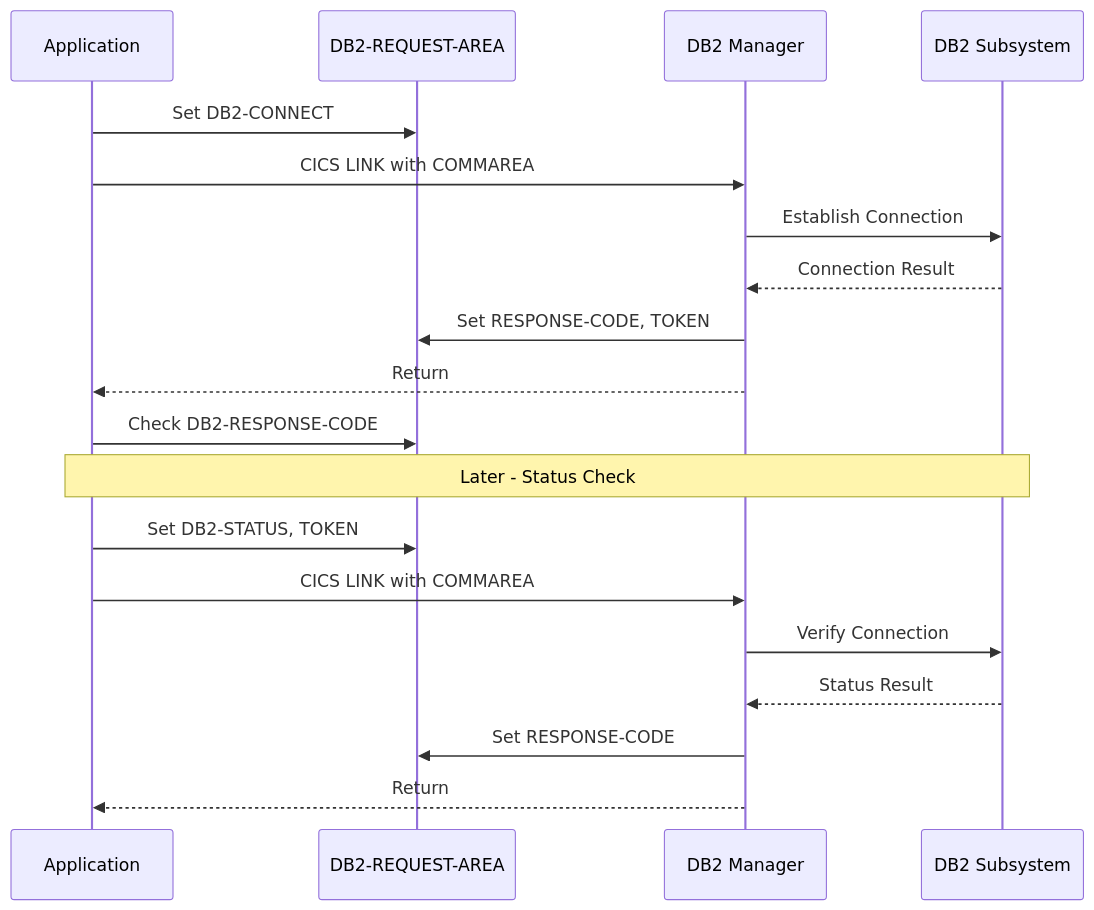
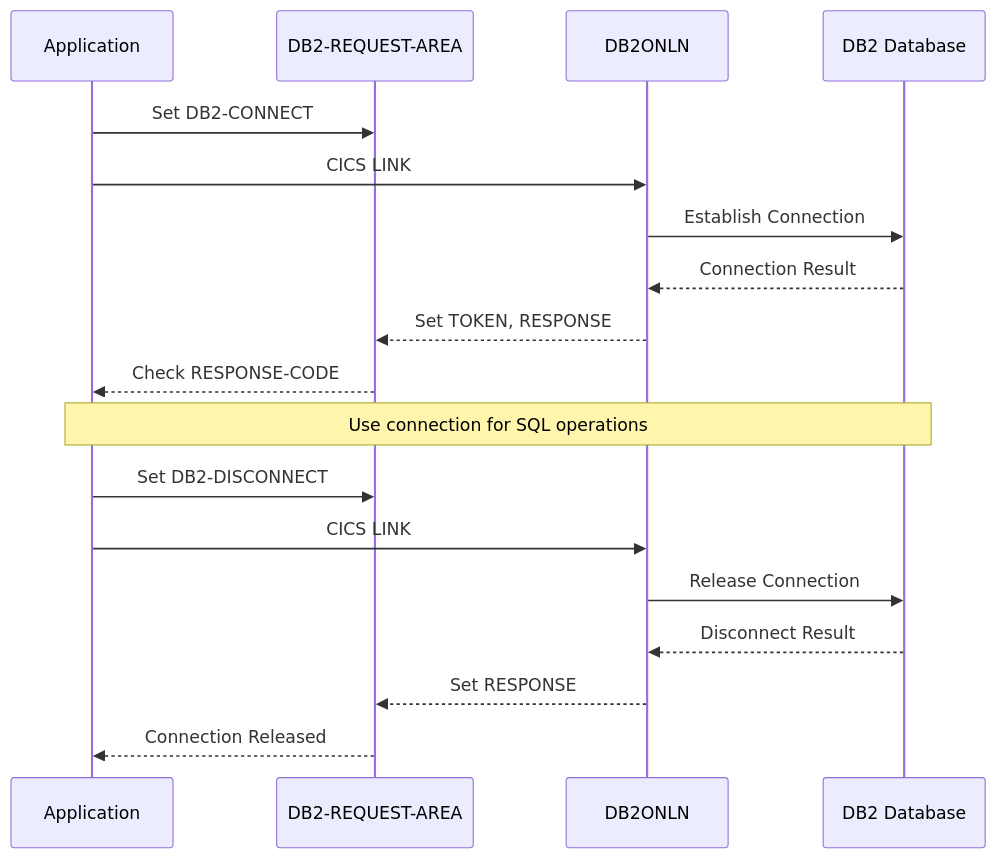
One commit to haladir-com/legacy-benchmark-docs-vb70e1 changed the second of 2 diagrams in docs/copybooks/DB2REQ.mdx. Above: the diagram before and after it, drawn with Mermaid. The commit also changed other lines of this file and 63 other files, not shown here.

````diff
--- a/docs/copybooks/DB2REQ.mdx
+++ b/docs/copybooks/DB2REQ.mdx
@@ -194,24 +293,23 @@
 ```mermaid
 sequenceDiagram
     participant App as Application
-    participant Req as DB2-REQUEST-AREA
-    participant Mgr as DB2 Manager
-    participant DB2 as DB2 Subsystem
-
-    App->>Req: Set DB2-CONNECT
-    App->>Mgr: CICS LINK with COMMAREA
-    Mgr->>DB2: Establish Connection
-    DB2-->>Mgr: Connection Result
-    Mgr->>Req: Set RESPONSE-CODE, TOKEN
-    Mgr-->>App: Return
-    App->>Req: Check DB2-RESPONSE-CODE
+    participant DB2REQ as DB2-REQUEST-AREA
+    participant Handler as DB2ONLN
+    participant DB2 as DB2 Database
     
-    Note over App,DB2: Later - Status Check
+    App->>DB2REQ: Set DB2-CONNECT
+    App->>Handler: CICS LINK
+    Handler->>DB2: Establish Connection
+    DB2-->>Handler: Connection Result
+    Handler-->>DB2REQ: Set TOKEN, RESPONSE
+    DB2REQ-->>App: Check RESPONSE-CODE
     
-    App->>Req: Set DB2-STATUS, TOKEN
-    App->>Mgr: CICS LINK with COMMAREA
-    Mgr->>DB2: Verify Connection
-    DB2-->>Mgr: Status Result
-    Mgr->>Req: Set RESPONSE-CODE
-    Mgr-->>App: Return
+    Note over App,DB2: Use connection for SQL operations
+    
+    App->>DB2REQ: Set DB2-DISCONNECT
+    App->>Handler: CICS LINK
+    Handler->>DB2: Release Connection
+    DB2-->>Handler: Disconnect Result
+    Handler-->>DB2REQ: Set RESPONSE
+    DB2REQ-->>App: Connection Released
 ```
````
